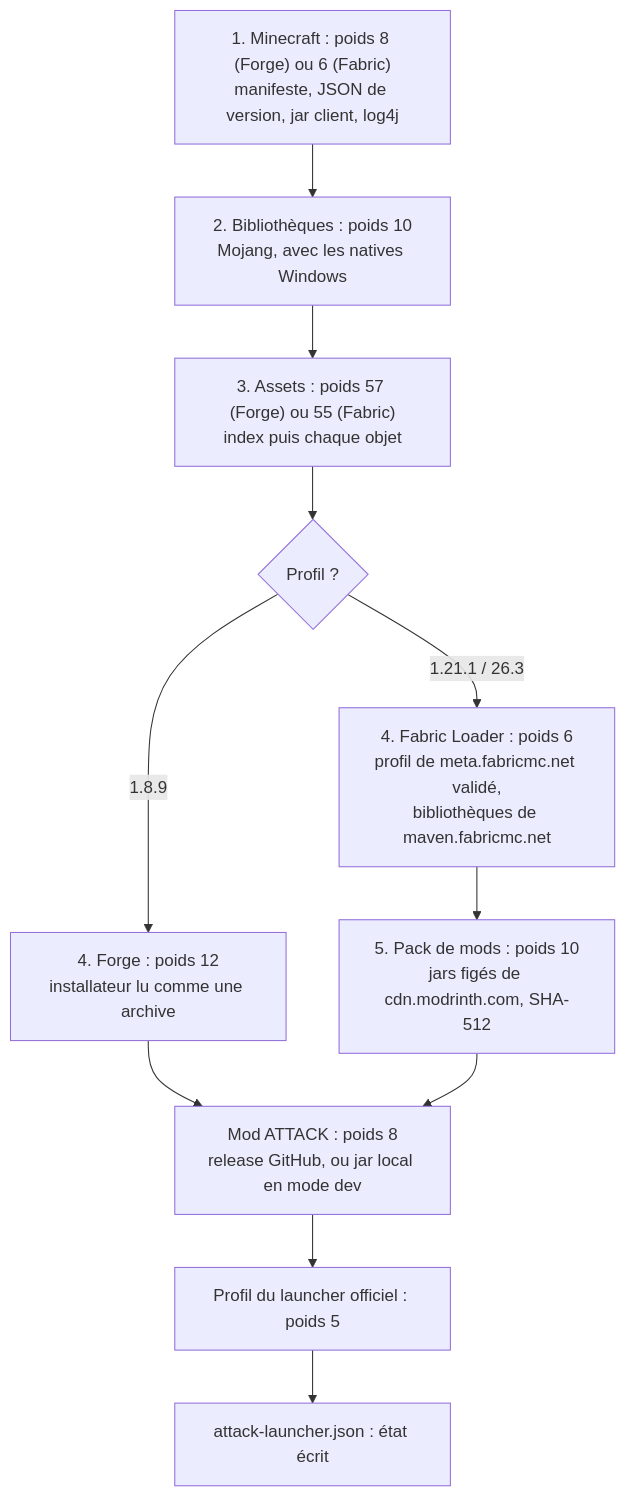
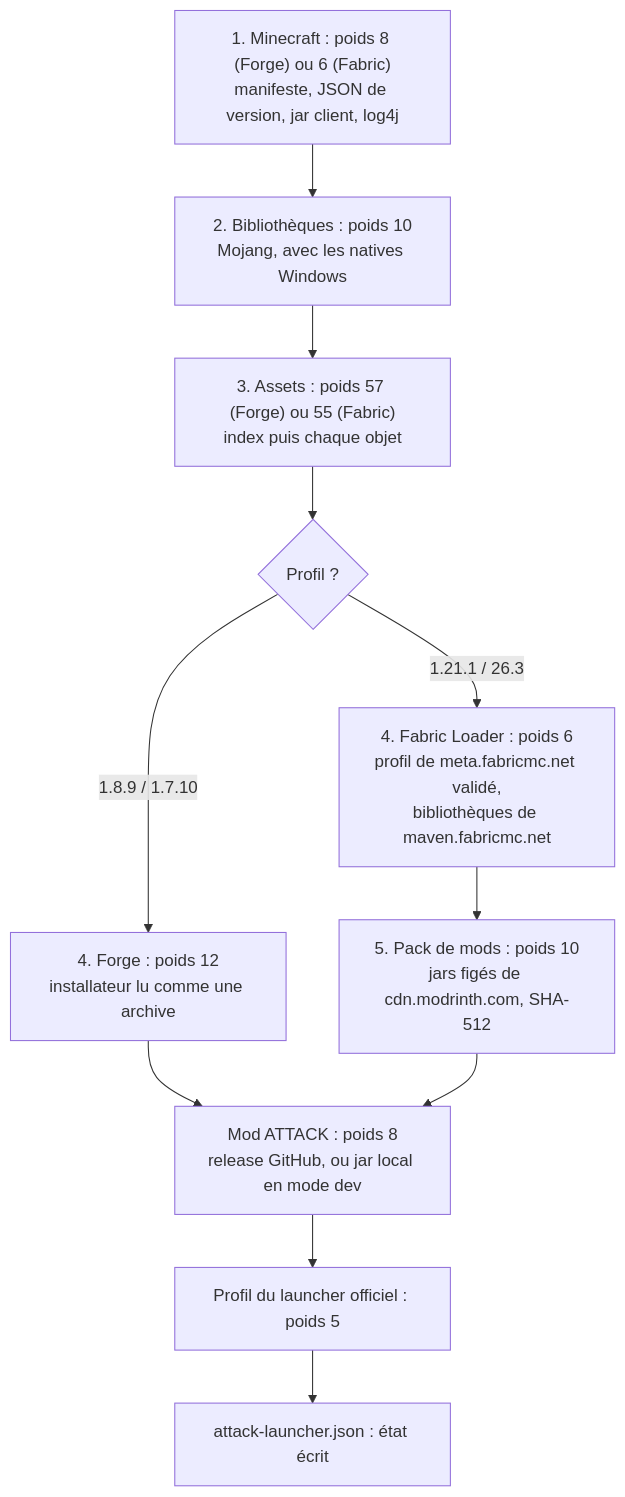
The first of 3 diagrams in docs/wiki/Installation-et-mises-a-jour.md (7ShIkI3/attack-launcher), drawn with Mermaid before and after one commit. The commit also changed other lines of this file and 7 other files, not shown here.

````diff
--- a/docs/wiki/Installation-et-mises-a-jour.md
+++ b/docs/wiki/Installation-et-mises-a-jour.md
@@ -53,13 +65,13 @@
 ```mermaid
 flowchart TD
   A["1. Minecraft : poids 8 (Forge) ou 6 (Fabric)<br>manifeste, JSON de version, jar client, log4j"] --> B["2. Bibliothèques : poids 10<br>Mojang, avec les natives Windows"]
   B --> C["3. Assets : poids 57 (Forge) ou 55 (Fabric)<br>index puis chaque objet"]
   C --> D{"Profil ?"}
-  D -->|"1.8.9"| E["4. Forge : poids 12<br>installateur lu comme une archive"]
+  D -->|"1.8.9 / 1.7.10"| E["4. Forge : poids 12<br>installateur lu comme une archive"]
   D -->|"1.21.1 / 26.3"| F["4. Fabric Loader : poids 6<br>profil de meta.fabricmc.net validé,<br>bibliothèques de maven.fabricmc.net"]
   F --> P["5. Pack de mods : poids 10<br>jars figés de cdn.modrinth.com, SHA-512"]
   E --> G["Mod ATTACK : poids 8<br>release GitHub, ou jar local en mode dev"]
   P --> G
   G --> H["Profil du launcher officiel : poids 5"]
   H --> I["attack-launcher.json : état écrit"]
 ```
````
